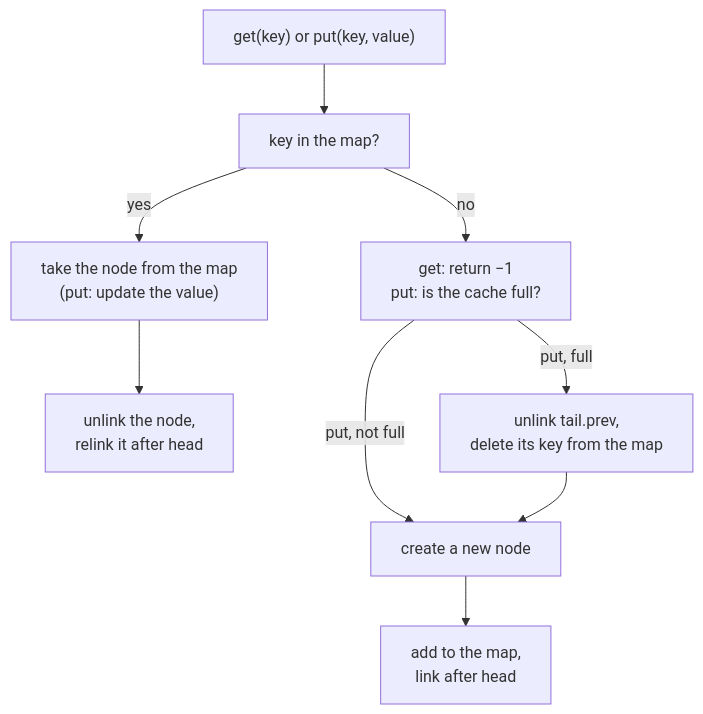
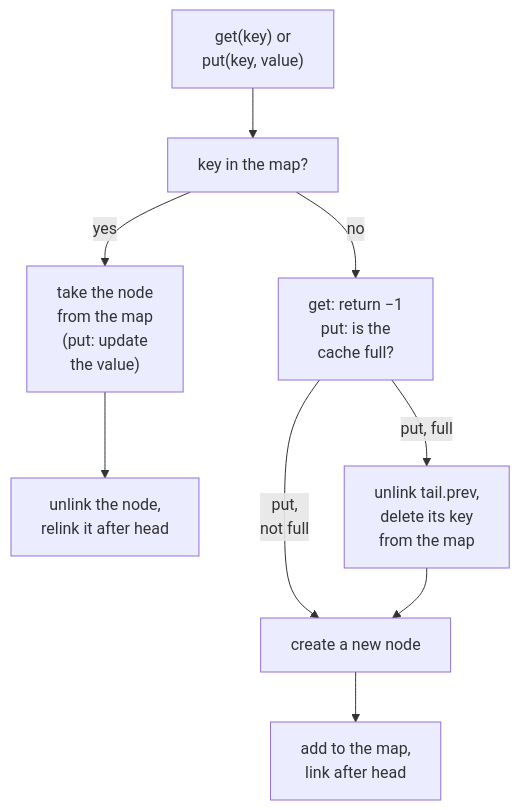
The diagram in content/en/problems/lru-cache.md (duongbui234/software-engineering-atlas), drawn with Mermaid before and after one commit. The commit also changed 134 other files, not shown here.

First line of the commit message:
Fit every Mermaid diagram at 390px without sideways scroll (#56)

````diff
--- a/content/en/problems/lru-cache.md
+++ b/content/en/problems/lru-cache.md
@@ -51,11 +51,11 @@
 ```mermaid
 flowchart TB
-  A["get(key) or put(key, value)"] --> B["key in the map?"]
-  B -->|"yes"| C["take the node from the map<br/>(put: update the value)"]
+  A["get(key) or<br/>put(key, value)"] --> B["key in the map?"]
+  B -->|"yes"| C["take the node<br/>from the map<br/>(put: update<br/>the value)"]
   C --> E["unlink the node,<br/>relink it after head"]
-  B -->|"no"| F["get: return −1<br/>put: is the cache full?"]
-  F -->|"put, full"| H["unlink tail.prev,<br/>delete its key from the map"]
-  F -->|"put, not full"| I["create a new node"]
+  B -->|"no"| F["get: return −1<br/>put: is the<br/>cache full?"]
+  F -->|"put, full"| H["unlink tail.prev,<br/>delete its key<br/>from the map"]
+  F -->|"put,<br/>not full"| I["create a new node"]
   H --> I
   I --> J["add to the map,<br/>link after head"]
 ```
````
